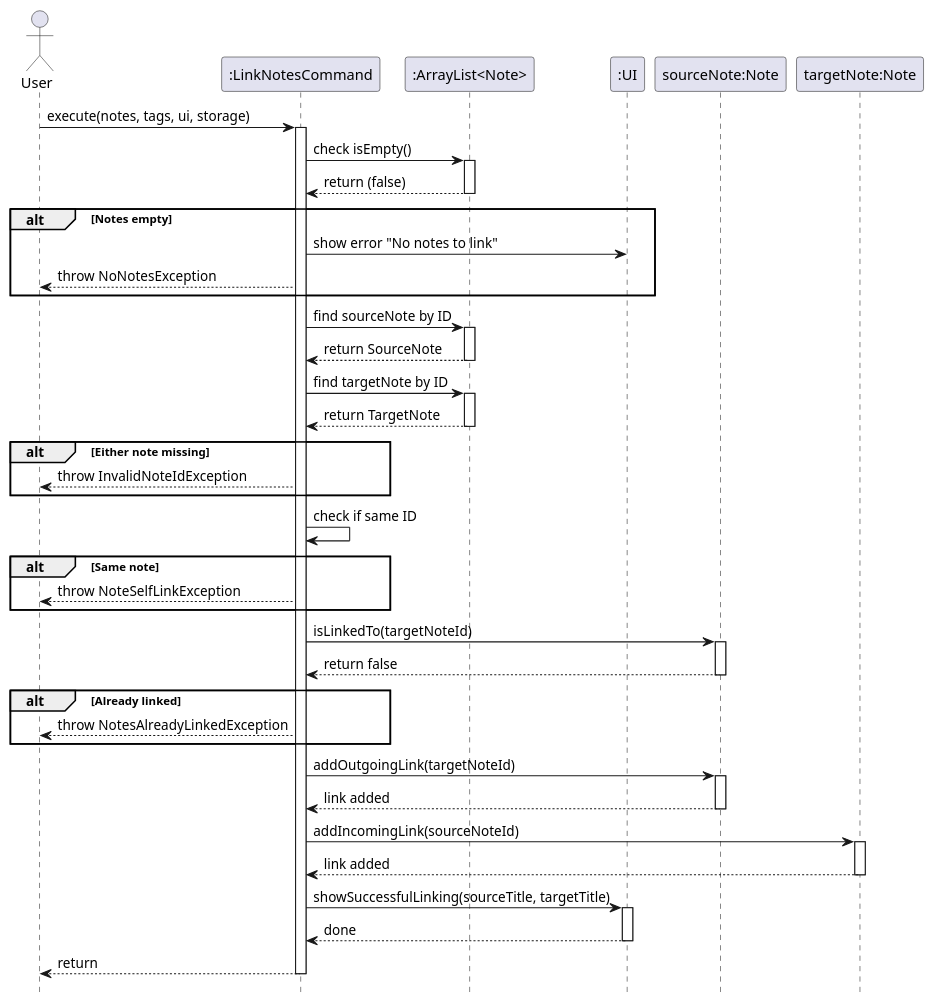
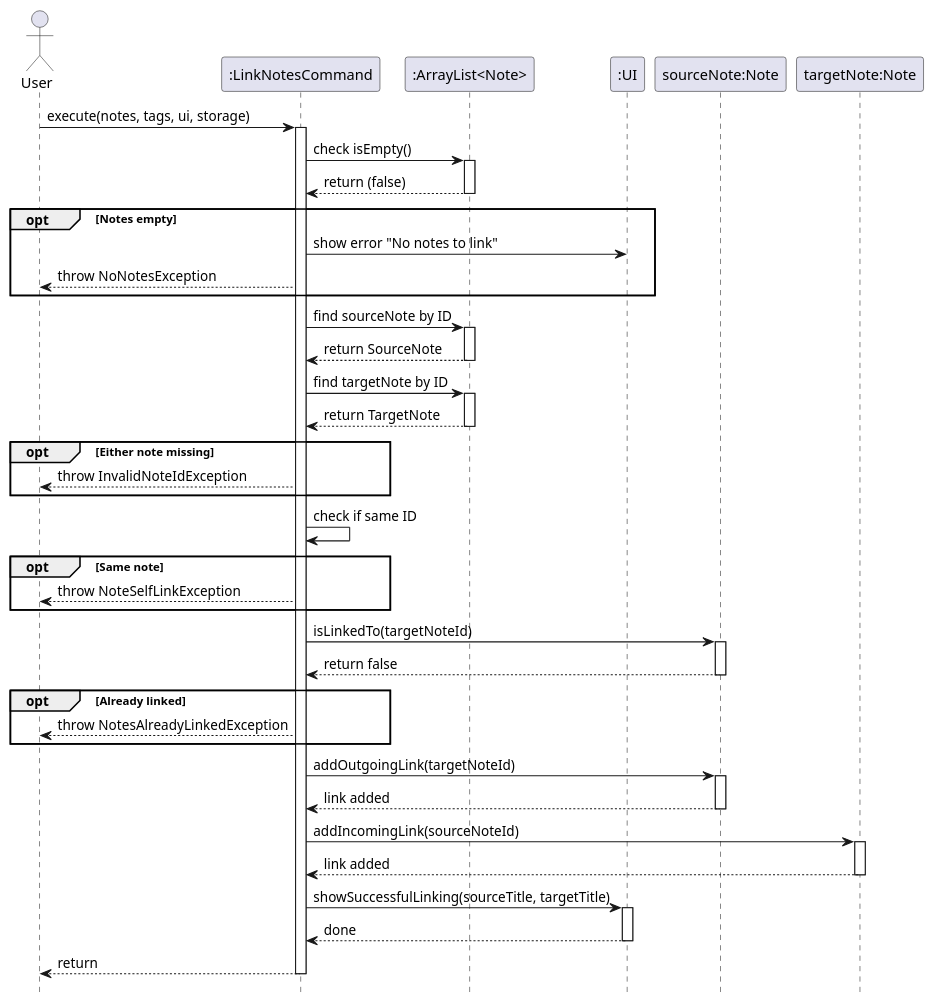
One commit to shauntsr/tp changed the diagram in docs/diagrams/LinkCreationSequence.puml. Above: the diagram before and after it, drawn with PlantUML.

Commit message:
Fix alt used instead of opt

```diff
--- a/docs/diagrams/LinkCreationSequence.puml
+++ b/docs/diagrams/LinkCreationSequence.puml
@@ -1,69 +1,69 @@
 @startuml LinkCreationSequence
 actor User
 participant ":LinkNotesCommand" as Command
 participant ":ArrayList<Note>" as Notes
 participant ":UI" as UI
 participant "sourceNote:Note" as SourceNote
 participant "targetNote:Note" as TargetNote
 
 hide footbox
 
 User -> Command: execute(notes, tags, ui, storage)
 activate Command
 
 Command -> Notes: check isEmpty()
 activate Notes
 Notes --> Command: return (false)
 deactivate Notes
 
-alt Notes empty
+opt Notes empty
     Command -> UI: show error "No notes to link"
     Command --> User: throw NoNotesException
 end
 
 Command -> Notes: find sourceNote by ID
 activate Notes
 Notes --> Command: return SourceNote
 deactivate Notes
 
 Command -> Notes: find targetNote by ID
 activate Notes
 Notes --> Command: return TargetNote
 deactivate Notes
 
-alt Either note missing
+opt Either note missing
     Command --> User: throw InvalidNoteIdException
 end
 
 Command -> Command: check if same ID
-alt Same note
+opt Same note
     Command --> User: throw NoteSelfLinkException
 end
 
 Command -> SourceNote: isLinkedTo(targetNoteId)
 activate SourceNote
 SourceNote --> Command: return false
 deactivate SourceNote
 
-alt Already linked
+opt Already linked
     Command --> User: throw NotesAlreadyLinkedException
 end
 
 Command -> SourceNote: addOutgoingLink(targetNoteId)
 activate SourceNote
 SourceNote --> Command: link added
 deactivate SourceNote
 
 Command -> TargetNote: addIncomingLink(sourceNoteId)
 activate TargetNote
 TargetNote --> Command: link added
 deactivate TargetNote
 
 Command -> UI: showSuccessfulLinking(sourceTitle, targetTitle)
 activate UI
 UI --> Command: done
 deactivate UI
 
 Command --> User: return
 deactivate Command
 @enduml
```
